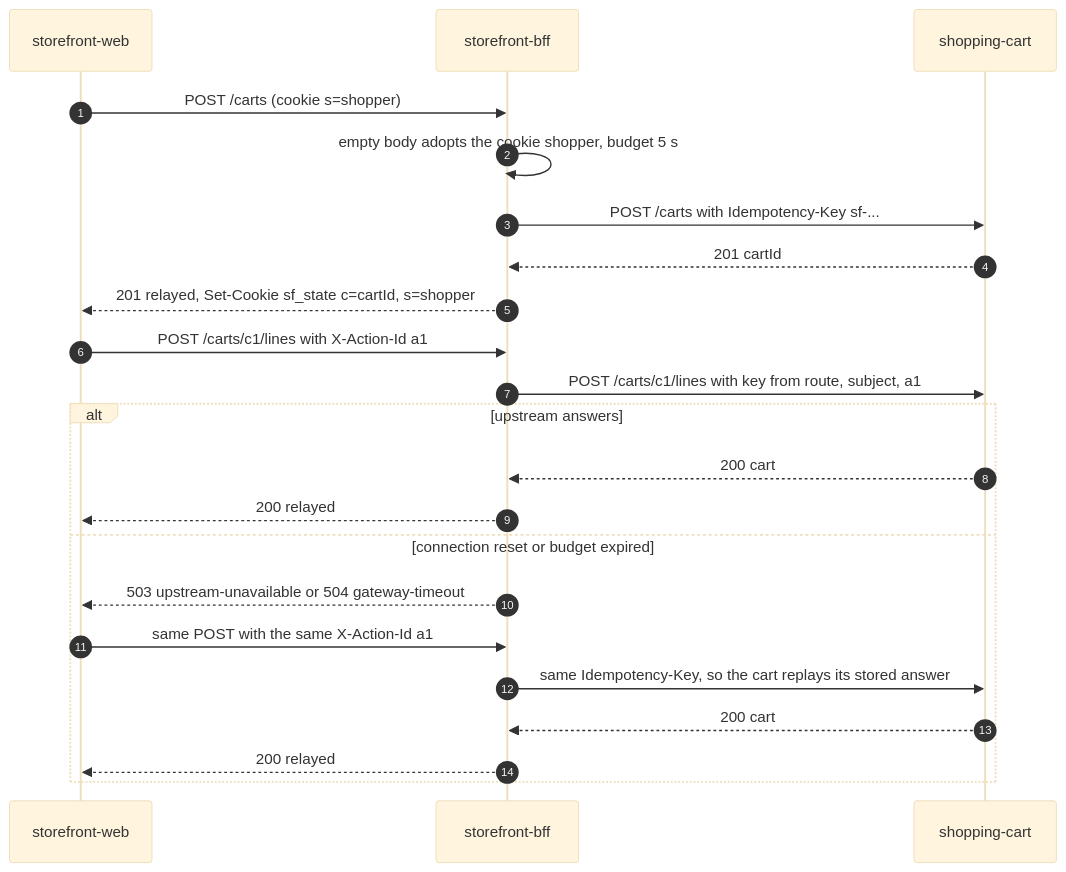
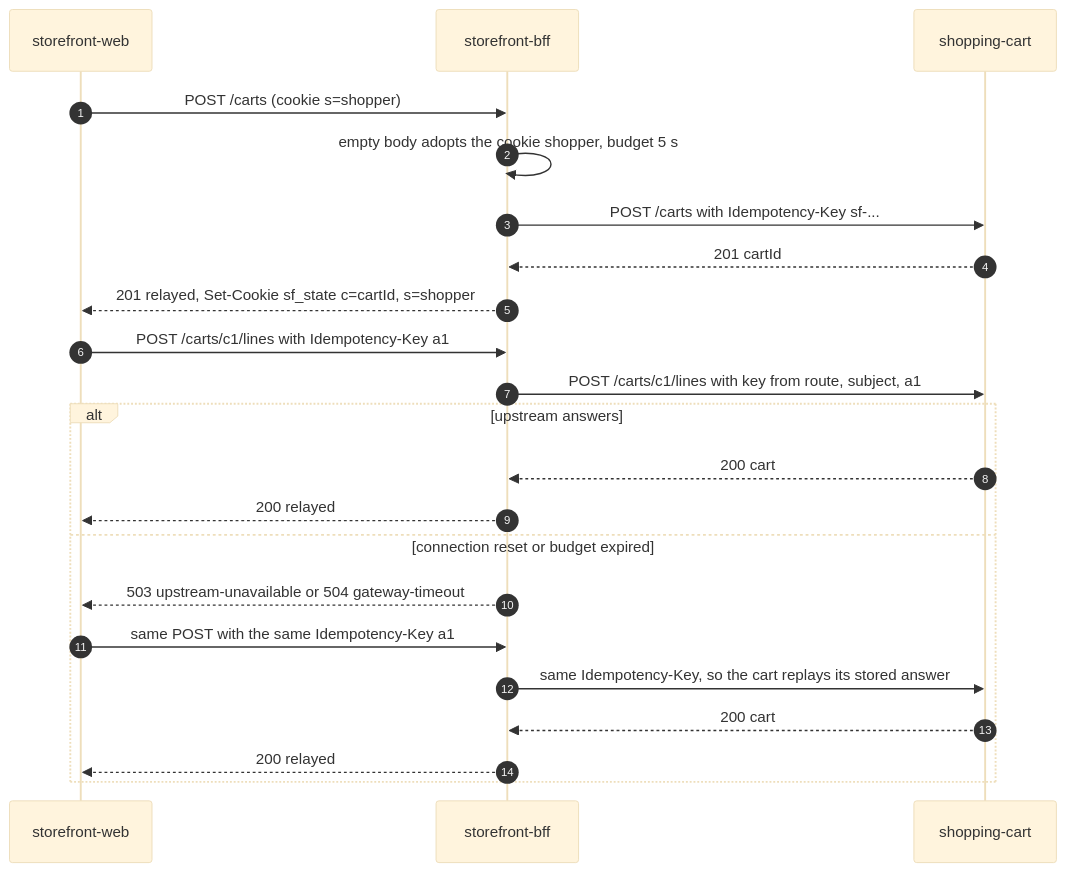
One commit to IQVO/storefront-bff changed the first of 4 diagrams in docs/docs/ddd/sequence-diagrams.md. Above: the diagram before and after it, drawn with Mermaid (base theme). The commit also changed other lines of this file and 17 other files, not shown here.

Commit message:
docs: ADR 0006 adopt the fleet REST API guideline; new routes and Idempotency-Key in README and docs

````diff
--- a/docs/docs/ddd/sequence-diagrams.md
+++ b/docs/docs/ddd/sequence-diagrams.md
@@ -17,24 +17,24 @@
 ```mermaid
 sequenceDiagram
     autonumber
     participant W as storefront-web
     participant B as storefront-bff
     participant C as shopping-cart
     W->>B: POST /carts (cookie s=shopper)
     B->>B: empty body adopts the cookie shopper, budget 5 s
     B->>C: POST /carts with Idempotency-Key sf-...
     C-->>B: 201 cartId
     B-->>W: 201 relayed, Set-Cookie sf_state c=cartId, s=shopper
-    W->>B: POST /carts/c1/lines with X-Action-Id a1
+    W->>B: POST /carts/c1/lines with Idempotency-Key a1
     B->>C: POST /carts/c1/lines with key from route, subject, a1
     alt upstream answers
         C-->>B: 200 cart
         B-->>W: 200 relayed
     else connection reset or budget expired
         B-->>W: 503 upstream-unavailable or 504 gateway-timeout
-        W->>B: same POST with the same X-Action-Id a1
+        W->>B: same POST with the same Idempotency-Key a1
         B->>C: same Idempotency-Key, so the cart replays its stored answer
         C-->>B: 200 cart
         B-->>W: 200 relayed
     end
 ```
````
